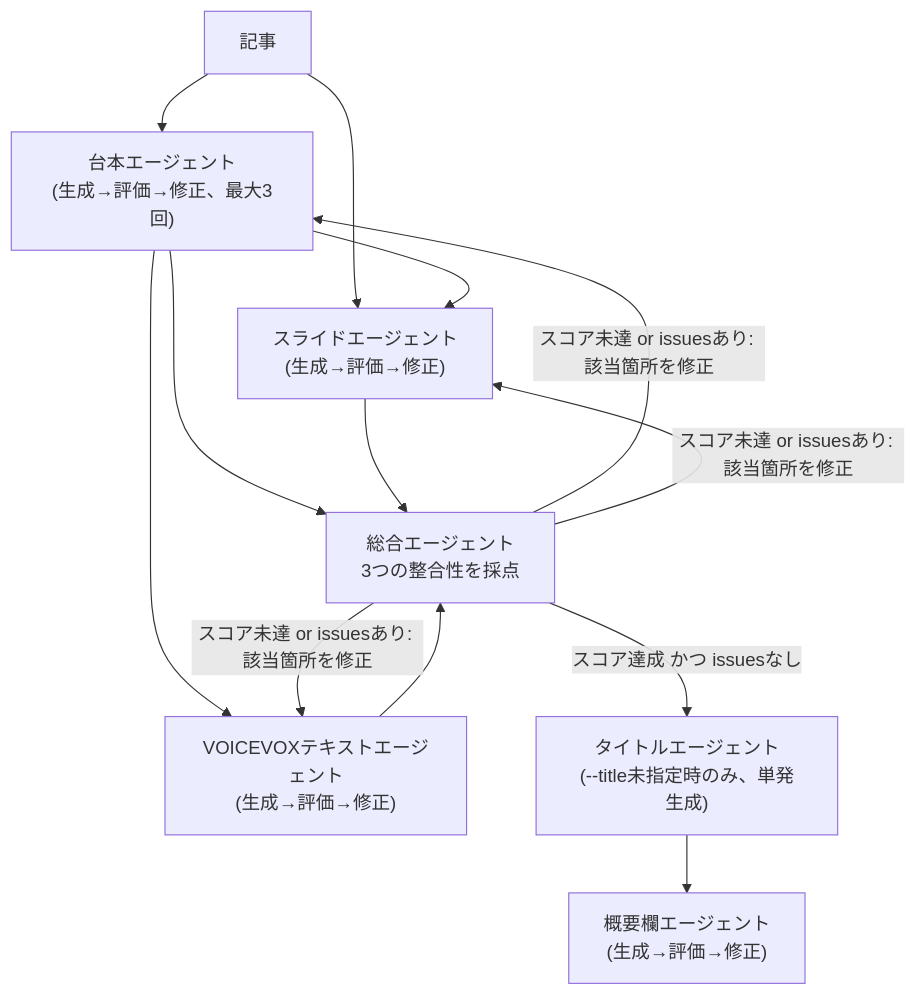
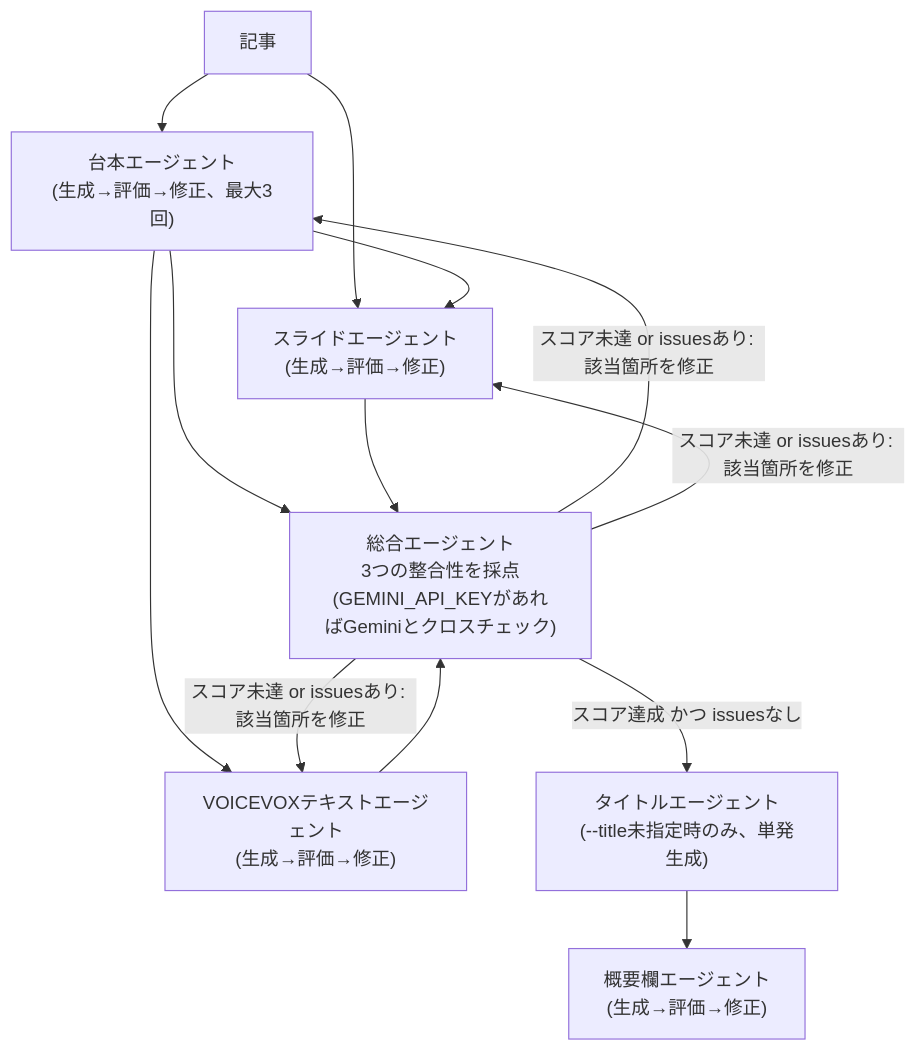
Before and after one commit to Ken-kichi/video-pipeline: the second of 3 diagrams in README.md, drawn with Mermaid. The commit also changed other lines of this file and 5 other files, not shown here.

````diff
--- a/README.md
+++ b/README.md
@@ -95,15 +95,15 @@
 ```mermaid
 flowchart TD
     Article["記事"] --> Script["台本エージェント<br/>(生成→評価→修正、最大3回)"]
     Article --> Slides
     Script --> Slides["スライドエージェント<br/>(生成→評価→修正)"]
     Script --> Voicevox["VOICEVOXテキストエージェント<br/>(生成→評価→修正)"]
     Script --> Integration
-    Slides --> Integration["総合エージェント<br/>3つの整合性を採点"]
+    Slides --> Integration["総合エージェント<br/>3つの整合性を採点(GEMINI_API_KEYがあればGeminiとクロスチェック)"]
     Voicevox --> Integration
     Integration -->|スコア未達 or issuesあり: 該当箇所を修正| Script
     Integration -->|スコア未達 or issuesあり: 該当箇所を修正| Slides
     Integration -->|スコア未達 or issuesあり: 該当箇所を修正| Voicevox
     Integration -->|スコア達成 かつ issuesなし| Title["タイトルエージェント<br/>(--title未指定時のみ、単発生成)"]
     Title --> Description["概要欄エージェント<br/>(生成→評価→修正)"]
 ```
````
